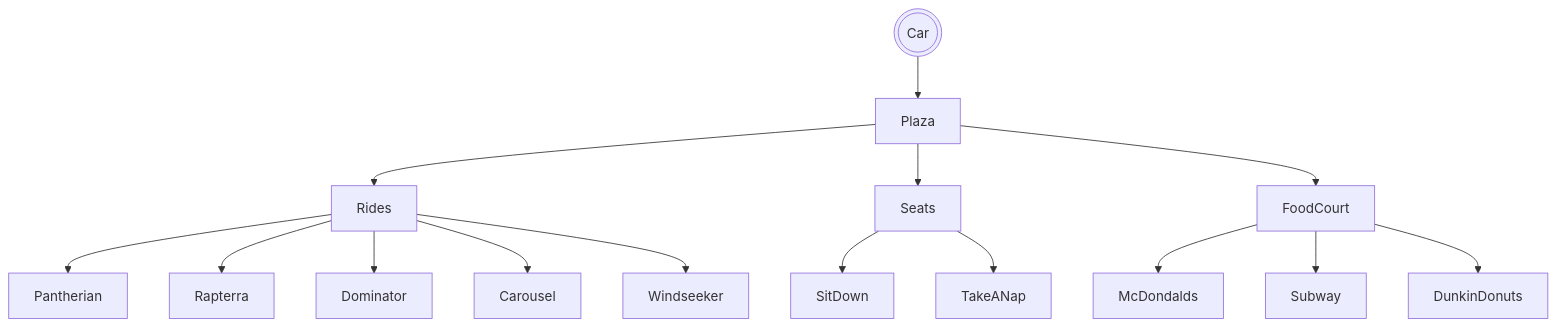
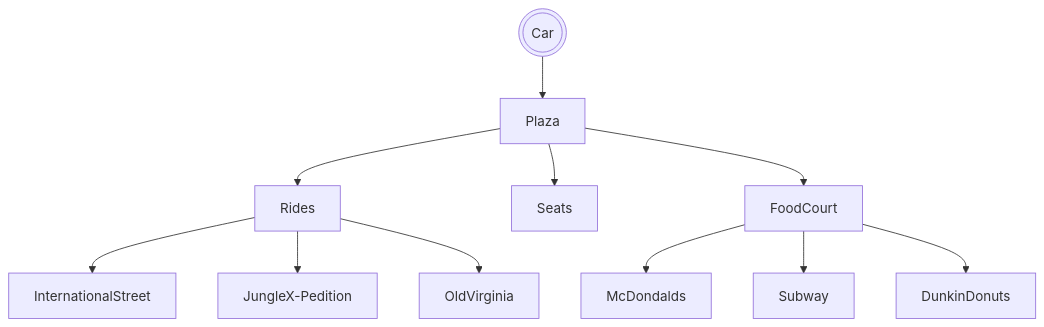
One commit to YMwhs/YMwhs.github.io changed the diagram in projects/game/README.md. Above: the diagram before and after it, drawn with Mermaid. The commit also changed 1 other file, not shown here.

Commit message:
Changed up the map, and made some more functions

````diff
--- a/projects/game/README.md
+++ b/projects/game/README.md
@@ -7,17 +7,13 @@
 ```mermaid
 graph TD;
 	car(((Car)))-->Plaza;
 	Plaza-->Rides;
-	Rides-->Pantherian;
-	Rides-->Rapterra;
-	Rides-->Dominator;
-	Rides-->Carousel;
-	Rides-->Windseeker;
+	Rides-->InternationalStreet;
+	Rides-->JungleX-Pedition;
+	Rides-->OldVirginia;
 	Plaza-->Seats;
-	Seats-->SitDown;
-	Seats-->TakeANap;
 	Plaza-->FoodCourt;
 	FoodCourt-->McDondalds;
 	FoodCourt-->Subway;
 	FoodCourt-->DunkinDonuts;
 ```
````
